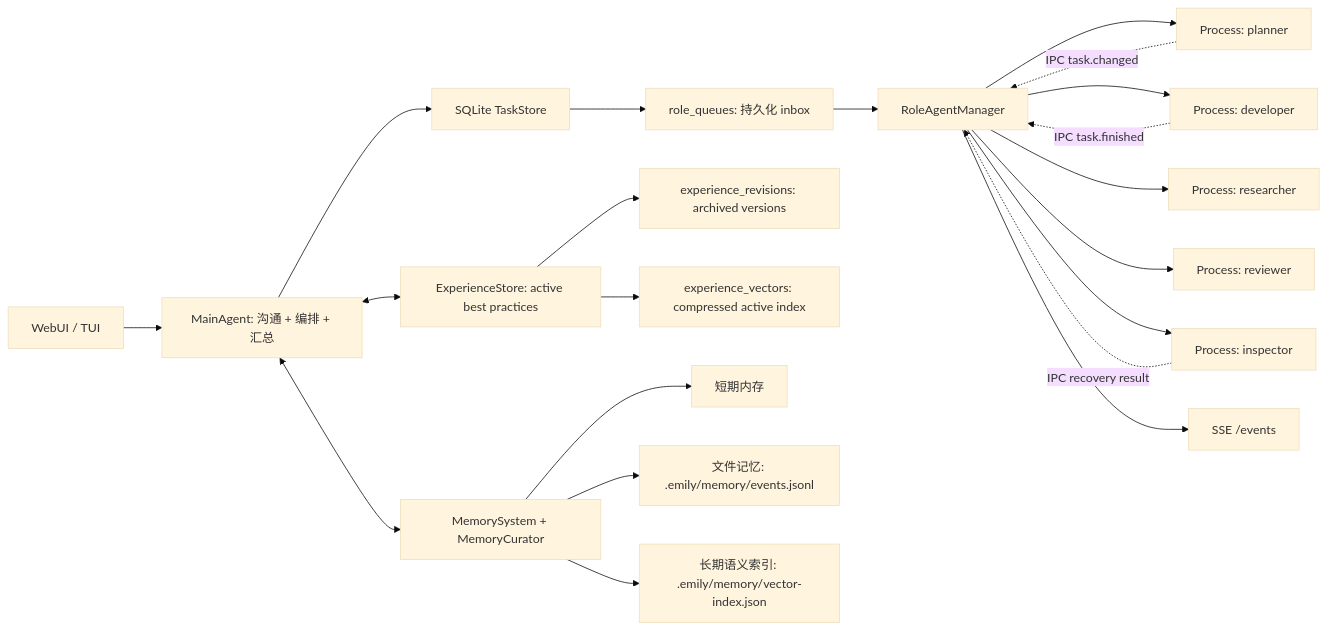
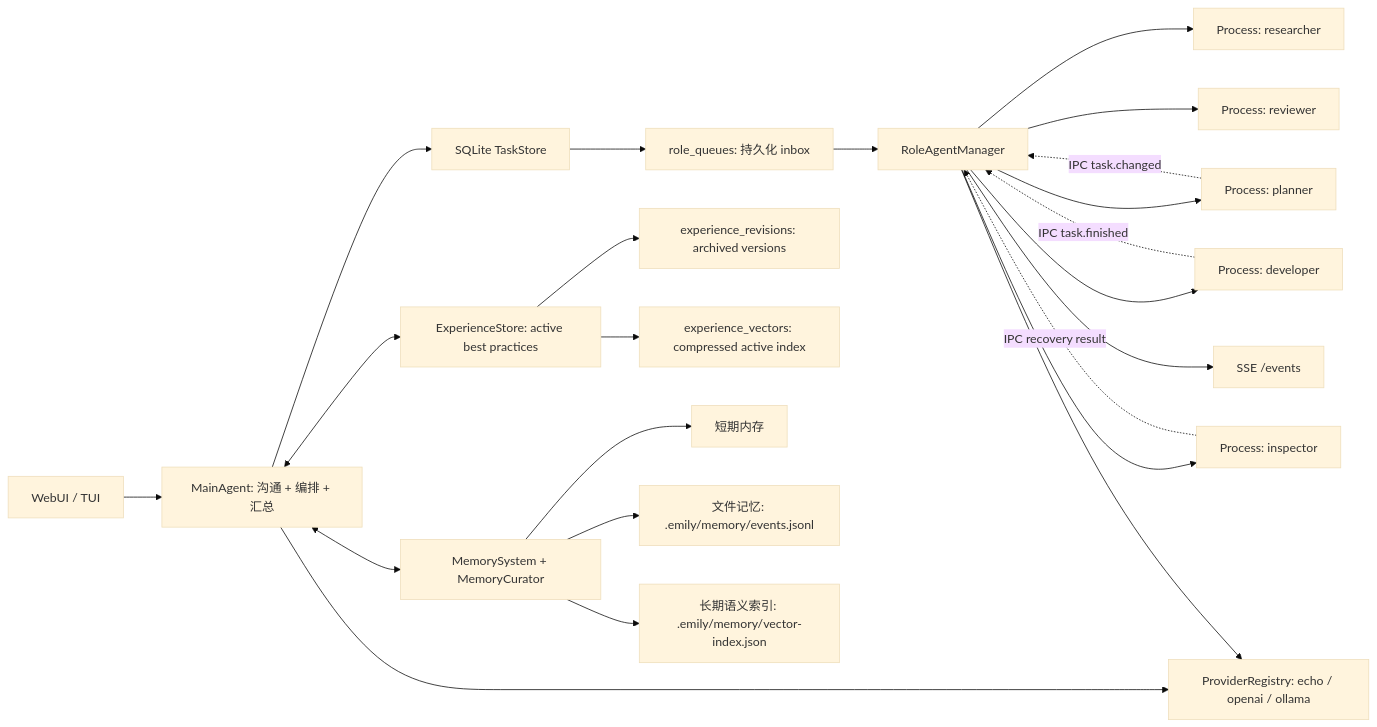
One commit to yuxin0613/emily-agent changed the diagram in README.md. Above: the diagram before and after it, drawn with Mermaid (base theme). The commit also changed other lines of this file and 22 other files, not shown here.

````diff
--- a/README.md
+++ b/README.md
@@ -9,23 +9,25 @@
 ```mermaid
 flowchart LR
   UI["WebUI / TUI"] --> Main["MainAgent: 沟通 + 编排 + 汇总"]
   Main --> Store["SQLite TaskStore"]
   Store --> Queue["role_queues: 持久化 inbox"]
   Queue --> Manager["RoleAgentManager"]
   Manager --> Planner["Process: planner"]
   Manager --> Developer["Process: developer"]
   Manager --> Researcher["Process: researcher"]
   Manager --> Reviewer["Process: reviewer"]
   Manager --> Inspector["Process: inspector"]
+  Main --> Providers["ProviderRegistry: echo / openai / ollama"]
+  Manager --> Providers
   Planner -. "IPC task.changed" .-> Manager
   Developer -. "IPC task.finished" .-> Manager
   Inspector -. "IPC recovery result" .-> Manager
   Manager --> Events["SSE /events"]
   Main <--> Memory["MemorySystem + MemoryCurator"]
   Main <--> Experience["ExperienceStore: active best practices"]
   Experience --> Revisions["experience_revisions: archived versions"]
   Experience --> Compressed["experience_vectors: compressed active index"]
   Memory --> RAM["短期内存"]
   Memory --> File["文件记忆: .emily/memory/events.jsonl"]
   Memory --> Vector["长期语义索引: .emily/memory/vector-index.json"]
 ```
````
